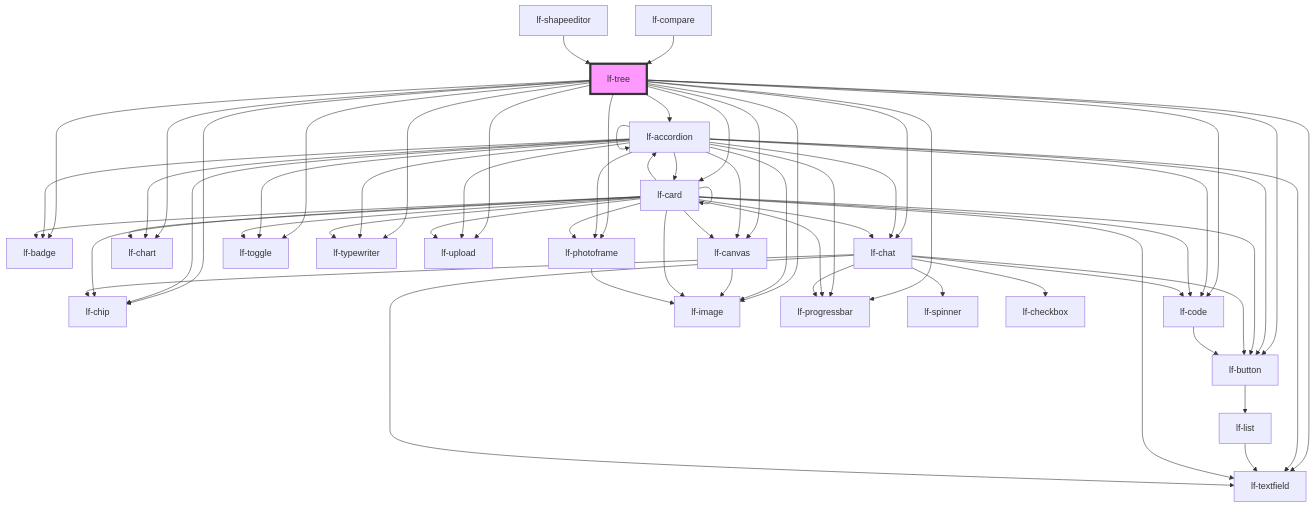
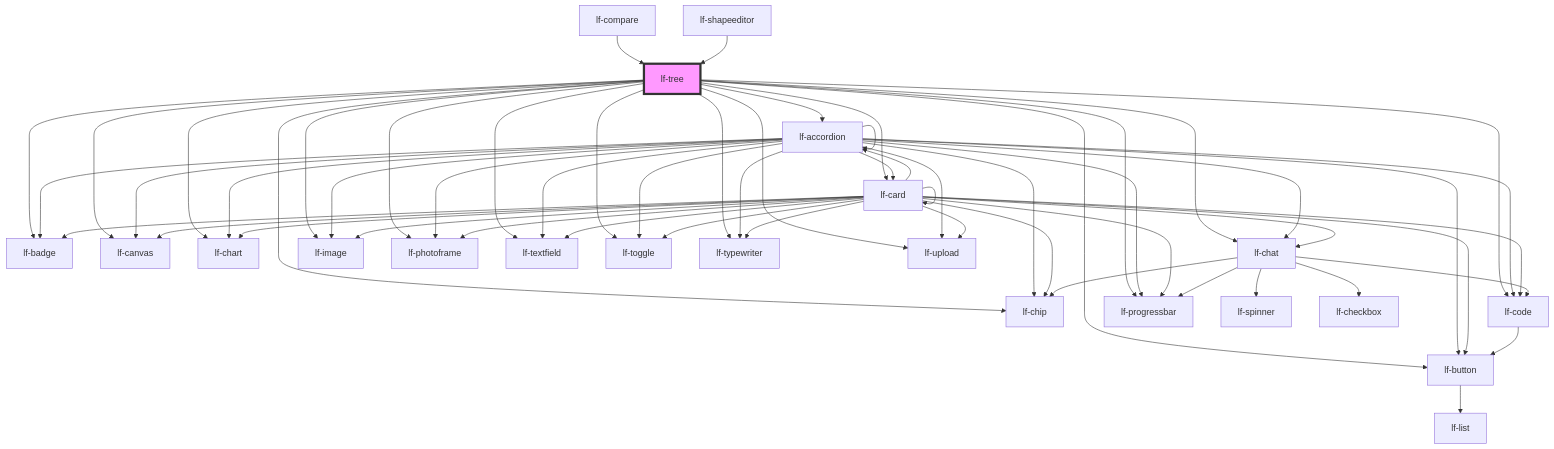
One commit to lucafoscili/lf-widgets changed the diagram in packages/core/src/components/lf-tree/readme.md. Above: the diagram before and after it, drawn with Mermaid. The commit also changed 96 other files, not shown here.

First line of the commit message:
chore: Refactor core components to use FC-based Button and Textfield

````diff
--- a/packages/core/src/components/lf-tree/readme.md
+++ b/packages/core/src/components/lf-tree/readme.md
@@ -203,66 +203,61 @@
 ```mermaid
 graph TD;
-  lf-tree --> lf-textfield
   lf-tree --> lf-accordion
   lf-tree --> lf-badge
   lf-tree --> lf-button
   lf-tree --> lf-canvas
   lf-tree --> lf-card
   lf-tree --> lf-chart
   lf-tree --> lf-chat
   lf-tree --> lf-chip
   lf-tree --> lf-code
   lf-tree --> lf-image
   lf-tree --> lf-photoframe
   lf-tree --> lf-progressbar
+  lf-tree --> lf-textfield
   lf-tree --> lf-toggle
   lf-tree --> lf-typewriter
   lf-tree --> lf-upload
   lf-accordion --> lf-accordion
   lf-accordion --> lf-badge
   lf-accordion --> lf-button
   lf-accordion --> lf-canvas
   lf-accordion --> lf-card
   lf-accordion --> lf-chart
   lf-accordion --> lf-chat
   lf-accordion --> lf-chip
   lf-accordion --> lf-code
   lf-accordion --> lf-image
   lf-accordion --> lf-photoframe
   lf-accordion --> lf-progressbar
   lf-accordion --> lf-textfield
   lf-accordion --> lf-toggle
   lf-accordion --> lf-typewriter
   lf-accordion --> lf-upload
   lf-button --> lf-list
-  lf-list --> lf-textfield
-  lf-canvas --> lf-image
   lf-card --> lf-accordion
   lf-card --> lf-badge
   lf-card --> lf-button
   lf-card --> lf-canvas
   lf-card --> lf-card
   lf-card --> lf-chart
   lf-card --> lf-chat
   lf-card --> lf-chip
   lf-card --> lf-code
   lf-card --> lf-image
   lf-card --> lf-photoframe
   lf-card --> lf-progressbar
   lf-card --> lf-textfield
   lf-card --> lf-toggle
   lf-card --> lf-typewriter
   lf-card --> lf-upload
   lf-chat --> lf-chip
-  lf-chat --> lf-button
-  lf-chat --> lf-textfield
   lf-chat --> lf-spinner
   lf-chat --> lf-code
   lf-chat --> lf-progressbar
   lf-chat --> lf-checkbox
   lf-code --> lf-button
-  lf-photoframe --> lf-image
   lf-compare --> lf-tree
   lf-shapeeditor --> lf-tree
   style lf-tree fill:#f9f,stroke:#333,stroke-width:4px
 ```
````
